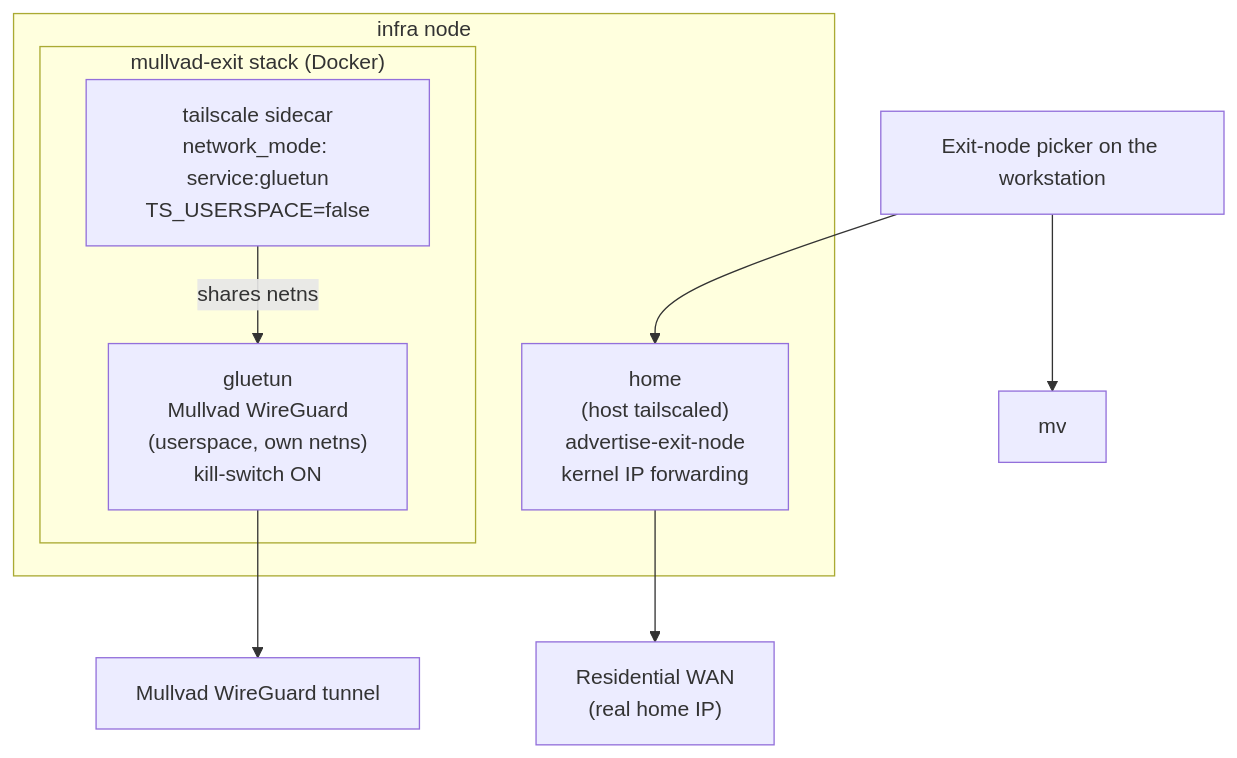
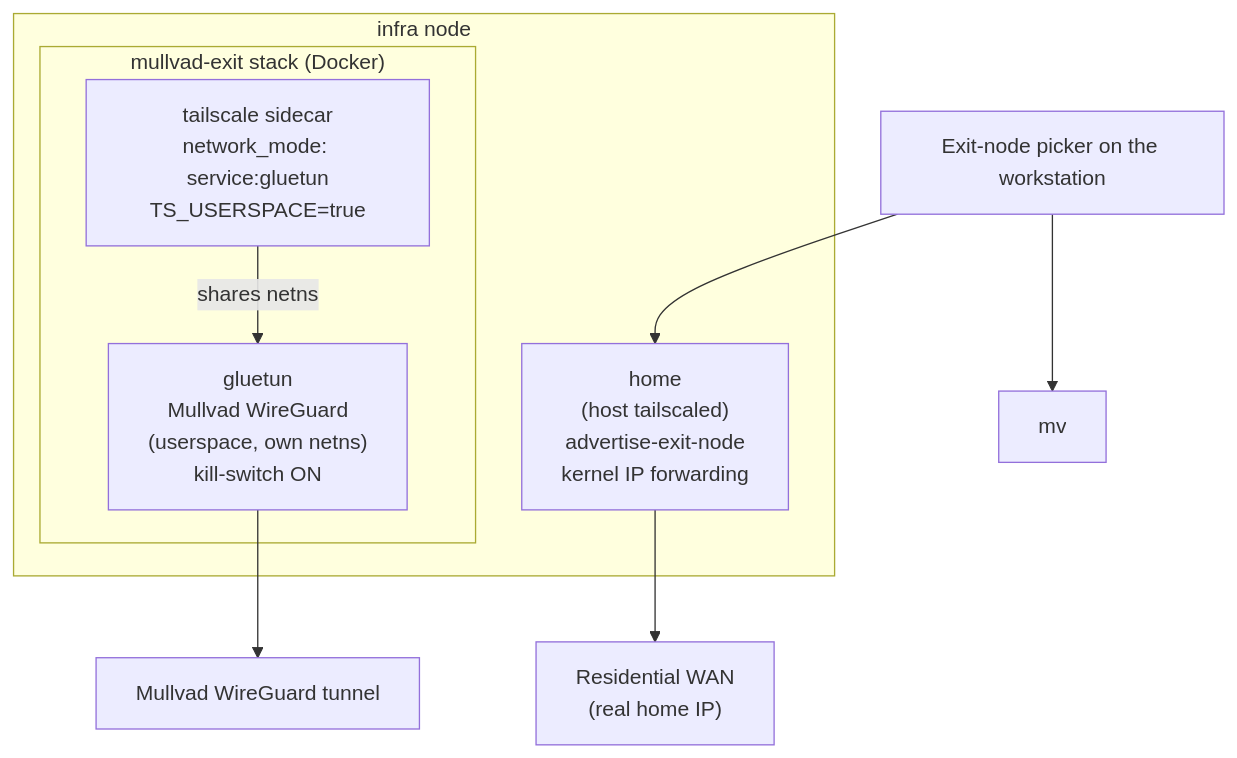
Before and after one commit to v2e-sh/v2e-docs: the second of 3 diagrams in docs/system/tailscale-dns.md, drawn with Mermaid. The commit also changed other lines of this file and 7 other files, not shown here.

````diff
--- a/docs/system/tailscale-dns.md
+++ b/docs/system/tailscale-dns.md
@@ -98,18 +98,18 @@
 ```mermaid
 flowchart TB
     pick["Exit-node picker on the workstation"]
     pick --> home
     pick --> mv
 
     subgraph infra["infra node"]
       home["home<br/>(host tailscaled)<br/>advertise-exit-node<br/>kernel IP forwarding"]
       subgraph stack["mullvad-exit stack (Docker)"]
         gluetun["gluetun<br/>Mullvad WireGuard<br/>(userspace, own netns)<br/>kill-switch ON"]
-        ts["tailscale sidecar<br/>network_mode: service:gluetun<br/>TS_USERSPACE=false"]
+        ts["tailscale sidecar<br/>network_mode: service:gluetun<br/>TS_USERSPACE=true"]
       end
     end
 
     home --> wan["Residential WAN<br/>(real home IP)"]
     ts -->|shares netns| gluetun
     gluetun --> mullvad["Mullvad WireGuard tunnel"]
 ```
````
